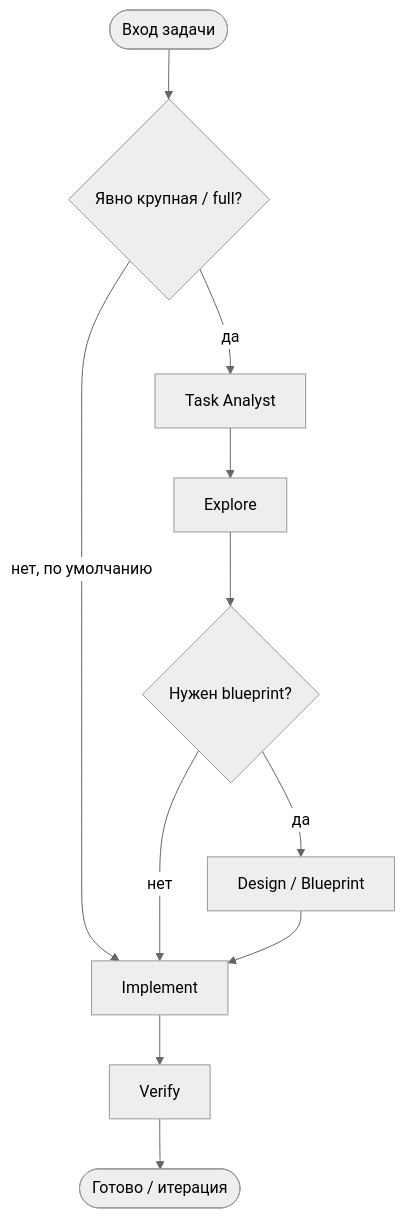
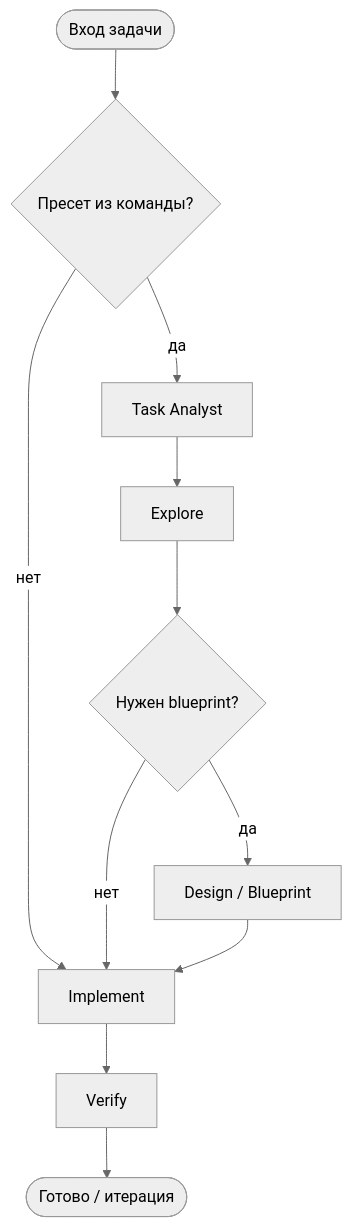
The diagram in docs/SUBAGENTS.md (Mempemp/Pauk_1C), drawn with Mermaid (neutral theme) before and after one commit. The commit also changed other lines of this file and 10 other files, not shown here.

First line of the commit message:
Remove route scale; presets drive multi-step flows

````diff
--- a/docs/SUBAGENTS.md
+++ b/docs/SUBAGENTS.md
@@ -11,13 +11,13 @@
 ```mermaid
 flowchart TD
-  Start([Вход задачи]) --> Gate{Явно крупная / full?}
-  Gate -->|нет, по умолчанию| Impl[Implement]
+  Start([Вход задачи]) --> Gate{Пресет из команды?}
+  Gate -->|нет| Impl[Implement]
   Gate -->|да| TA[Task Analyst]
   TA --> Ex[Explore]
   Ex --> GateD{Нужен blueprint?}
   GateD -->|да| Des[Design / Blueprint]
   GateD -->|нет| Impl
   Des --> Impl
   Impl --> Ver[Verify]
   Ver --> End([Готово / итерация])
 ```
````
